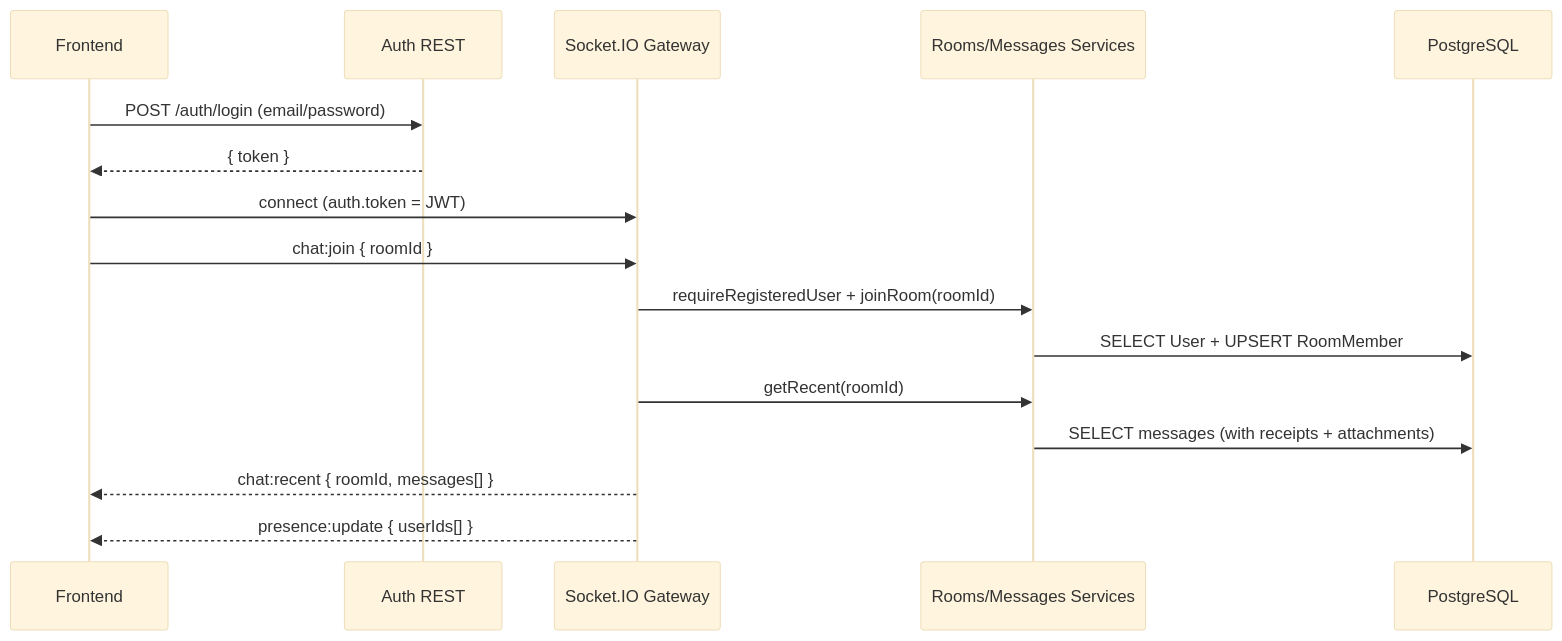
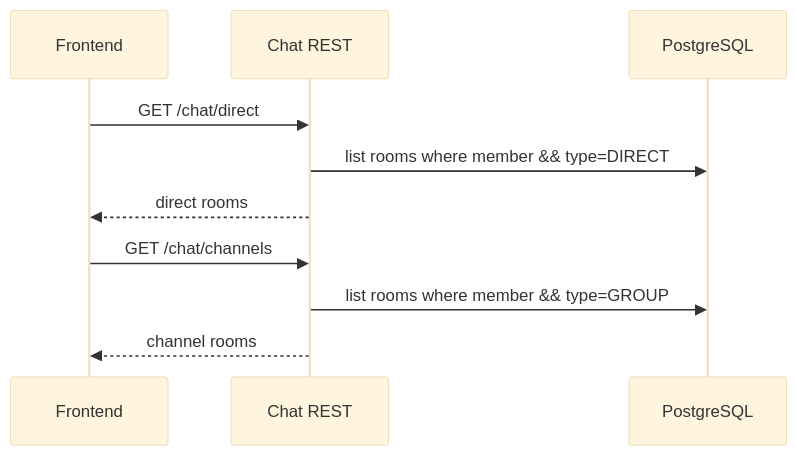
The third of 5 diagrams in README.md (mikias1219/backend-chat), drawn with Mermaid (base theme) before and after one commit. The commit also changed other lines of this file and 11 other files, not shown here.

First line of the commit message:
feat: separate channel and direct chat APIs

````diff
--- a/README.md
+++ b/README.md
@@ -222,19 +132,14 @@
 ```mermaid
 sequenceDiagram
   participant FE as Frontend
-  participant AUTH as Auth REST
-  participant WS as Socket.IO Gateway
-  participant SVC as Rooms/Messages Services
+  participant API as Chat REST
   participant DB as PostgreSQL
 
-  FE->>AUTH: POST /auth/login (email/password)
-  AUTH-->>FE: { token }
-  FE->>WS: connect (auth.token = JWT)
-  FE->>WS: chat:join { roomId }
-  WS->>SVC: requireRegisteredUser + joinRoom(roomId)
-  SVC->>DB: SELECT User + UPSERT RoomMember
-  WS->>SVC: getRecent(roomId)
-  SVC->>DB: SELECT messages (with receipts + attachments)
-  WS-->>FE: chat:recent { roomId, messages[] }
-  WS-->>FE: presence:update { userIds[] }
+  FE->>API: GET /chat/direct
+  API->>DB: list rooms where member && type=DIRECT
+  API-->>FE: direct rooms
+
+  FE->>API: GET /chat/channels
+  API->>DB: list rooms where member && type=GROUP
+  API-->>FE: channel rooms
 ```
````
